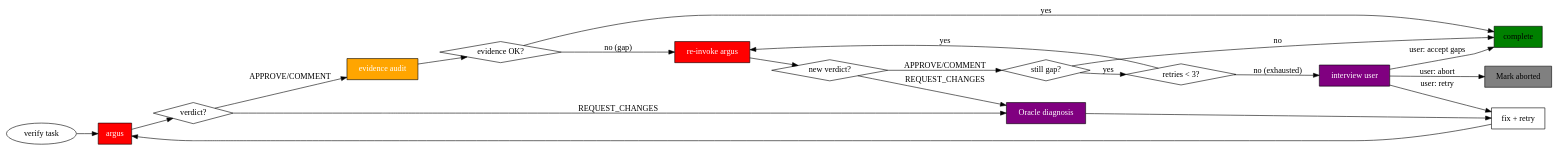
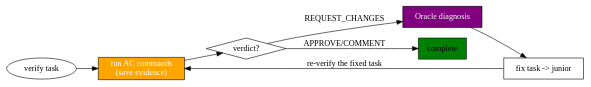
The diagram in skills/sisyphus/verification.md (toongri/oh-my-toong-playground), drawn with Graphviz before and after one commit. The commit also changed other lines of this file and 33 other files, not shown here.

First line of the commit message:
refactor: argus 전역 삭제 + inline-verify 이관

````diff
--- a/skills/sisyphus/verification.md
+++ b/skills/sisyphus/verification.md
@@ -7,39 +9,17 @@
 ```dot
 digraph verification_flow {
     rankdir=LR;
     "verify task" [shape=ellipse];
-    "argus" [shape=box, style=filled, fillcolor=red, fontcolor=white];
+    "run AC commands\n(save evidence)" [shape=box, style=filled, fillcolor=orange, fontcolor=white];
     "verdict?" [shape=diamond];
-    "evidence audit" [shape=box, style=filled, fillcolor=orange, fontcolor=white];
-    "evidence OK?" [shape=diamond];
-    "re-invoke argus" [shape=box, style=filled, fillcolor=red, fontcolor=white];
-    "new verdict?" [shape=diamond];
-    "still gap?" [shape=diamond];
-    "retries < 3?" [shape=diamond];
-    "interview user" [shape=box, style=filled, fillcolor=purple, fontcolor=white];
     "Oracle diagnosis" [shape=box, style=filled, fillcolor=purple, fontcolor=white];
+    "fix task -> junior" [shape=box];
     "complete" [shape=box, style=filled, fillcolor=green];
-    "fix + retry" [shape=box];
 
-    "verify task" -> "argus" -> "verdict?";
+    "verify task" -> "run AC commands\n(save evidence)" -> "verdict?";
+    "verdict?" -> "complete" [label="APPROVE/COMMENT"];
     "verdict?" -> "Oracle diagnosis" [label="REQUEST_CHANGES"];
-    "Oracle diagnosis" -> "fix + retry";
-    "verdict?" -> "evidence audit" [label="APPROVE/COMMENT"];
-    "evidence audit" -> "evidence OK?";
-    "evidence OK?" -> "complete" [label="yes"];
-    "evidence OK?" -> "re-invoke argus" [label="no (gap)"];
-    "re-invoke argus" -> "new verdict?";
-    "new verdict?" -> "Oracle diagnosis" [label="REQUEST_CHANGES"];
-    "new verdict?" -> "still gap?" [label="APPROVE/COMMENT"];
-    "still gap?" -> "complete" [label="no"];
-    "still gap?" -> "retries < 3?" [label="yes"];
-    "retries < 3?" -> "re-invoke argus" [label="yes"];
-    "retries < 3?" -> "interview user" [label="no (exhausted)"];
-    "fix + retry" -> "argus";
-    "Mark aborted" [shape=box, style=filled, fillcolor=gray];
-
-    "interview user" -> "fix + retry" [label="user: retry"];
-    "interview user" -> "complete" [label="user: accept gaps"];
-    "interview user" -> "Mark aborted" [label="user: abort"];
+    "Oracle diagnosis" -> "fix task -> junior";
+    "fix task -> junior" -> "run AC commands\n(save evidence)" [label="re-verify the fixed task"];
 }
 ```
````
